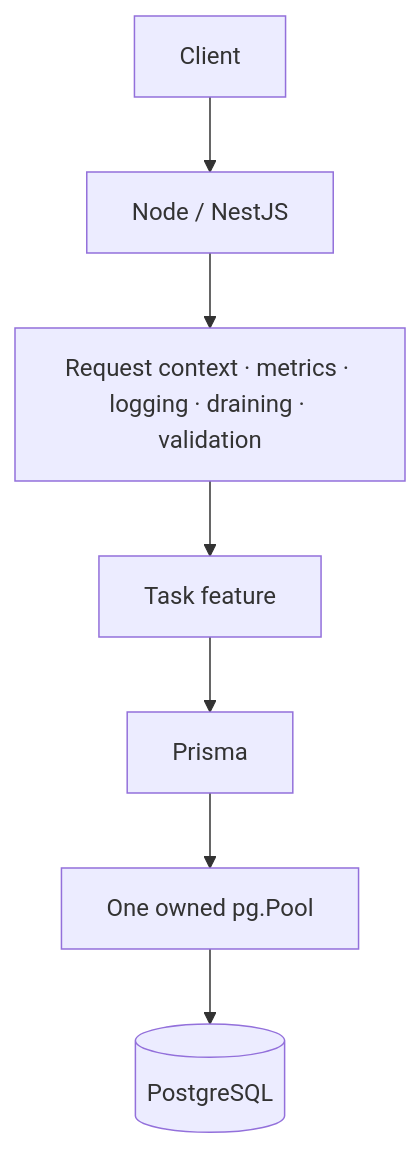
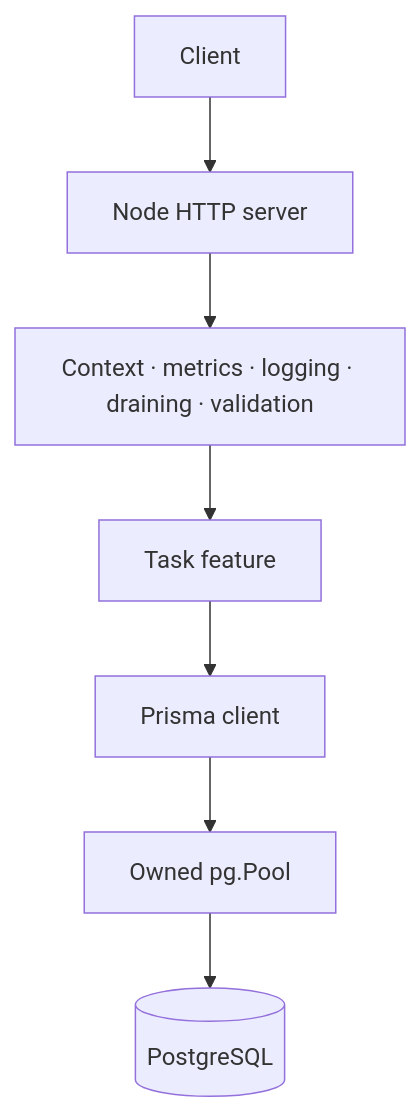
One commit to Sye-1321/nestjs-production-starter changed the second of 2 diagrams in README.md. Above: the diagram before and after it, drawn with Mermaid. The commit also changed other lines of this file, not shown here.

````diff
--- a/README.md
+++ b/README.md
@@ -51,9 +63,9 @@
 ```mermaid
 flowchart TD
-  Client --> Node[Node / NestJS]
-  Node --> Platform[Request context · metrics · logging · draining · validation]
+  Client --> HTTP[Node HTTP server]
+  HTTP --> Platform[Context · metrics · logging · draining · validation]
   Platform --> Task[Task feature]
-  Task --> Prisma[Prisma]
-  Prisma --> Pool[One owned pg.Pool]
+  Task --> Prisma[Prisma client]
+  Prisma --> Pool[Owned pg.Pool]
   Pool --> PostgreSQL[(PostgreSQL)]
 ```
````
